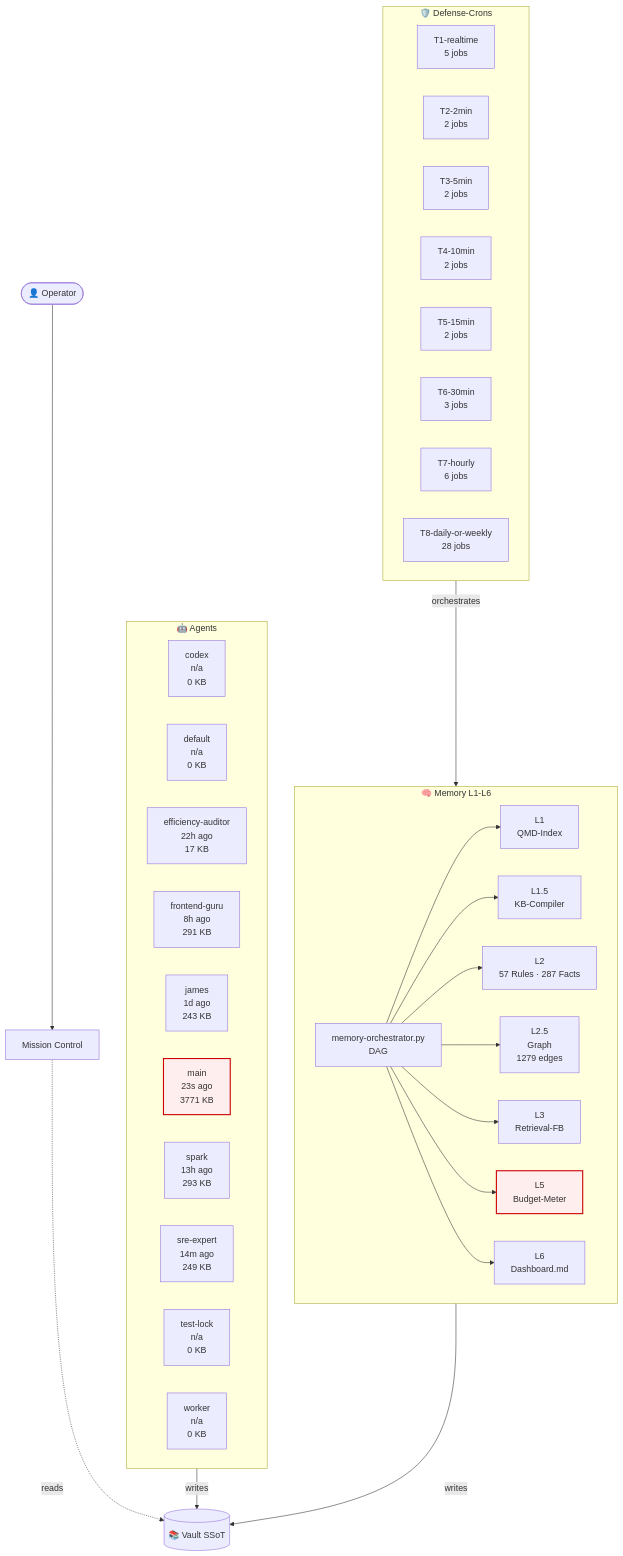
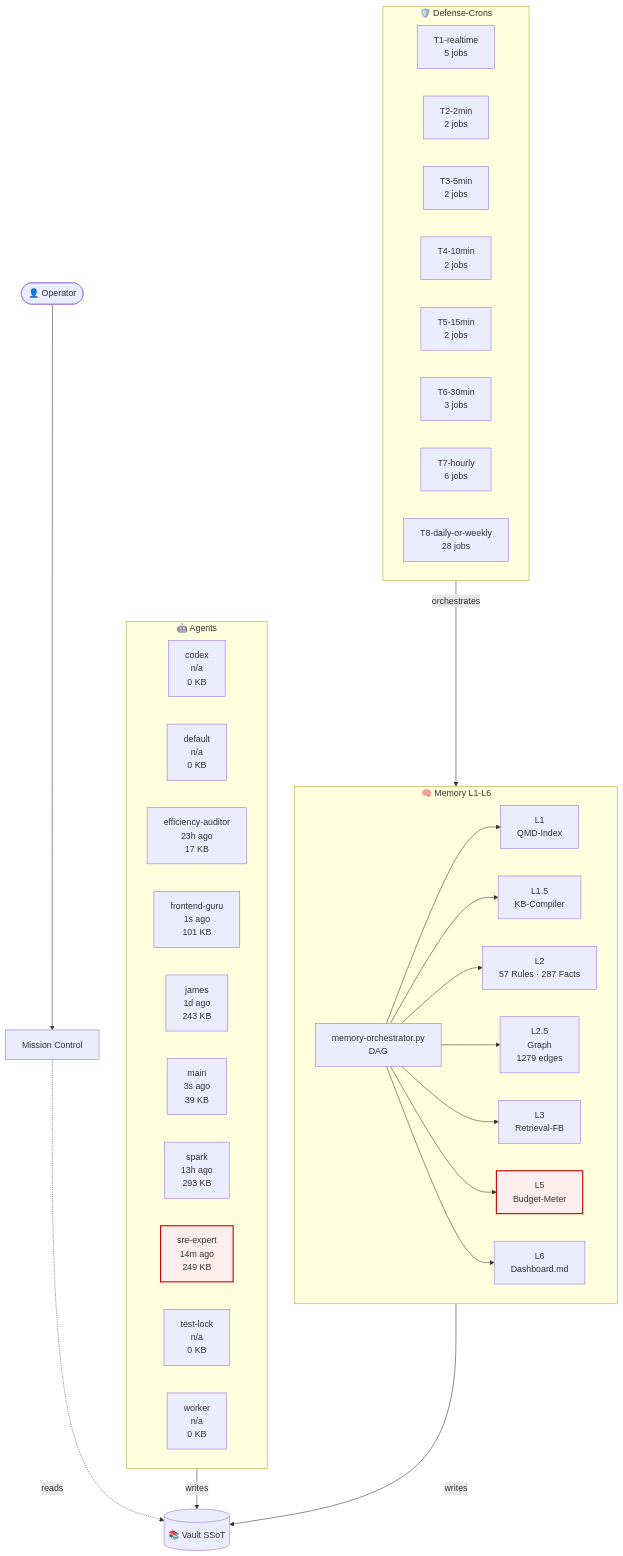
Before and after one commit to lenardhuebner88-rgb/openclaw-memory: the diagram in 03-Agents/architecture-live.md, drawn with Mermaid. The commit also changed other lines of this file and 20 other files, not shown here.

````diff
--- a/03-Agents/architecture-live.md
+++ b/03-Agents/architecture-live.md
@@ -18,53 +18,53 @@
 ```mermaid
 flowchart TB
     classDef critical fill:#fee,stroke:#c00,stroke-width:2px;
     subgraph AGT["🤖 Agents"]
         agent_codex["codex<br/>n/a<br/>0 KB"]
         agent_default["default<br/>n/a<br/>0 KB"]
-        agent_efficiency_auditor["efficiency-auditor<br/>22h ago<br/>17 KB"]
-        agent_frontend_guru["frontend-guru<br/>8h ago<br/>291 KB"]
+        agent_efficiency_auditor["efficiency-auditor<br/>23h ago<br/>17 KB"]
+        agent_frontend_guru["frontend-guru<br/>1s ago<br/>101 KB"]
         agent_james["james<br/>1d ago<br/>243 KB"]
-        agent_main["main<br/>23s ago<br/>3771 KB"]
+        agent_main["main<br/>3s ago<br/>39 KB"]
         agent_spark["spark<br/>13h ago<br/>293 KB"]
         agent_sre_expert["sre-expert<br/>14m ago<br/>249 KB"]
         agent_test_lock["test-lock<br/>n/a<br/>0 KB"]
         agent_worker["worker<br/>n/a<br/>0 KB"]
     end
     subgraph MEM["🧠 Memory L1-L6"]
         L1["L1<br/>QMD-Index"]
         L15["L1.5<br/>KB-Compiler"]
         L2["L2<br/>57 Rules · 287 Facts"]
         L25["L2.5<br/>Graph<br/>1279 edges"]
         L3["L3<br/>Retrieval-FB"]
         L5["L5<br/>Budget-Meter"]
         L6["L6<br/>Dashboard.md"]
         ORCH["memory-orchestrator.py<br/>DAG"]
     end
     subgraph CRN["🛡️ Defense-Crons"]
         tier_T1_realtime["T1-realtime<br/>5 jobs"]
         tier_T2_2min["T2-2min<br/>2 jobs"]
         tier_T3_5min["T3-5min<br/>2 jobs"]
         tier_T4_10min["T4-10min<br/>2 jobs"]
         tier_T5_15min["T5-15min<br/>2 jobs"]
         tier_T6_30min["T6-30min<br/>3 jobs"]
         tier_T7_hourly["T7-hourly<br/>6 jobs"]
         tier_T8_daily_or_weekly["T8-daily-or-weekly<br/>28 jobs"]
     end
     VAULT[("📚 Vault SSoT")]
     OP([👤 Operator])
     MC["Mission Control"]
     OP --> MC
     MC -.reads.-> VAULT
     AGT -->|writes| VAULT
     MEM -->|writes| VAULT
     ORCH --> L1
     ORCH --> L15
     ORCH --> L2
     ORCH --> L25
     ORCH --> L3
     ORCH --> L5
     ORCH --> L6
     CRN -->|orchestrates| MEM
     class L5 critical
-    class agent_main critical
+    class agent_sre_expert critical
 ```
````
